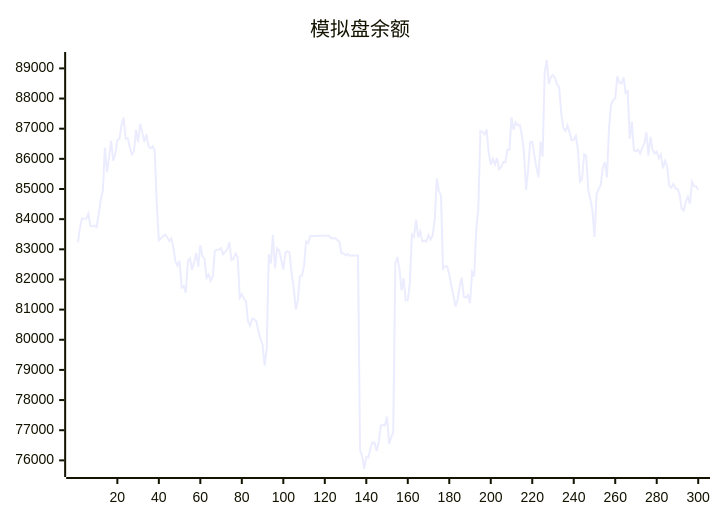
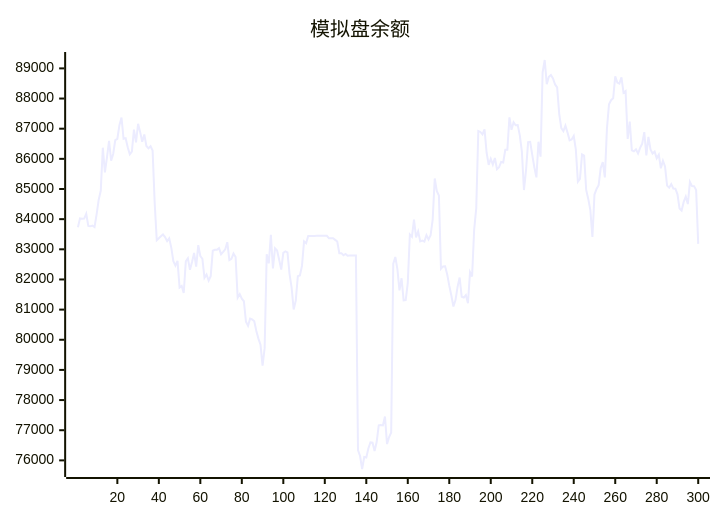
The diagram in README.md (aahl/ai-trading), drawn with Mermaid before and after one commit. The commit also changed other lines of this file and 1 other file, not shown here.

````diff
--- a/README.md
+++ b/README.md
@@ -5,5 +5,5 @@
 ```mermaid
 xychart
     title "模拟盘余额"
-    line [83228,83729,84025,84017,84019,84177,83775,83762,83785,83738,84160,84639,84939,86370,85548,86046,86599,85942,86161,86622,86664,87115,87369,86666,86685,86384,86152,86243,86969,86548,87164,86885,86566,86809,86427,86348,86417,86273,84538,83299,83369,83430,83490,83404,83270,83362,83056,82605,82459,82614,81734,81788,81551,82598,82702,82320,82580,82878,82426,83139,82778,82686,82056,82166,81963,82110,82951,82983,82984,83038,82838,82915,82998,83235,82642,82682,82858,82746,81396,81512,81362,81277,80600,80461,80699,80673,80616,80288,80038,79836,79142,79722,82837,82533,83480,82366,83032,82960,82654,82330,82883,82934,82901,82188,81728,81005,81298,82110,82135,82449,83264,83203,83440,83439,83440,83440,83446,83447,83448,83447,83448,83449,83369,83369,83369,83313,83256,82872,82873,82801,82844,82785,82791,82791,82793,82794,76339,76145,75714,76110,76096,76397,76594,76585,76310,76607,77160,77170,77160,77456,76541,76774,76927,82520,82744,82337,81639,82040,81307,81314,81887,83490,83414,83984,83396,83594,83261,83287,83253,83470,83327,83465,83987,85348,84930,84786,82355,82433,82438,82167,81795,81466,81105,81315,81756,82064,81426,81398,81481,81210,82242,82099,83658,84359,86925,86892,86814,86980,86203,85802,86003,85811,86028,85657,85721,85896,85880,86300,86299,87378,86965,87214,87115,87118,86780,86238,84966,85623,86555,86562,86129,85722,85387,86569,86070,88870,89278,88477,88720,88781,88668,88467,88372,87493,87018,86917,87102,86870,86613,86644,86758,86317,85242,85334,86149,86106,84968,84671,84302,83410,84816,85001,85127,85693,85891,85384,87001,87811,87945,88007,88734,88528,88495,88705,88189,88248,86662,87234,86279,86251,86314,86177,86364,86503,86886,86114,86731,86310,86176,86240,86017,86136,85685,85938,85749,85111,85044,85164,85016,85008,84824,84354,84287,84572,84745,84500,85234,85096,85095,84970]
+    line [83729,84025,84017,84019,84177,83775,83762,83785,83738,84160,84639,84939,86370,85548,86046,86599,85942,86161,86622,86664,87115,87369,86666,86685,86384,86152,86243,86969,86548,87164,86885,86566,86809,86427,86348,86417,86273,84538,83299,83369,83430,83490,83404,83270,83362,83056,82605,82459,82614,81734,81788,81551,82598,82702,82320,82580,82878,82426,83139,82778,82686,82056,82166,81963,82110,82951,82983,82984,83038,82838,82915,82998,83235,82642,82682,82858,82746,81396,81512,81362,81277,80600,80461,80699,80673,80616,80288,80038,79836,79142,79722,82837,82533,83480,82366,83032,82960,82654,82330,82883,82934,82901,82188,81728,81005,81298,82110,82135,82449,83264,83203,83440,83439,83440,83440,83446,83447,83448,83447,83448,83449,83369,83369,83369,83313,83256,82872,82873,82801,82844,82785,82791,82791,82793,82794,76339,76145,75714,76110,76096,76397,76594,76585,76310,76607,77160,77170,77160,77456,76541,76774,76927,82520,82744,82337,81639,82040,81307,81314,81887,83490,83414,83984,83396,83594,83261,83287,83253,83470,83327,83465,83987,85348,84930,84786,82355,82433,82438,82167,81795,81466,81105,81315,81756,82064,81426,81398,81481,81210,82242,82099,83658,84359,86925,86892,86814,86980,86203,85802,86003,85811,86028,85657,85721,85896,85880,86300,86299,87378,86965,87214,87115,87118,86780,86238,84966,85623,86555,86562,86129,85722,85387,86569,86070,88870,89278,88477,88720,88781,88668,88467,88372,87493,87018,86917,87102,86870,86613,86644,86758,86317,85242,85334,86149,86106,84968,84671,84302,83410,84816,85001,85127,85693,85891,85384,87001,87811,87945,88007,88734,88528,88495,88705,88189,88248,86662,87234,86279,86251,86314,86177,86364,86503,86886,86114,86731,86310,86176,86240,86017,86136,85685,85938,85749,85111,85044,85164,85016,85008,84824,84354,84287,84572,84745,84500,85234,85096,85095,84970,83180]
 ```
````
